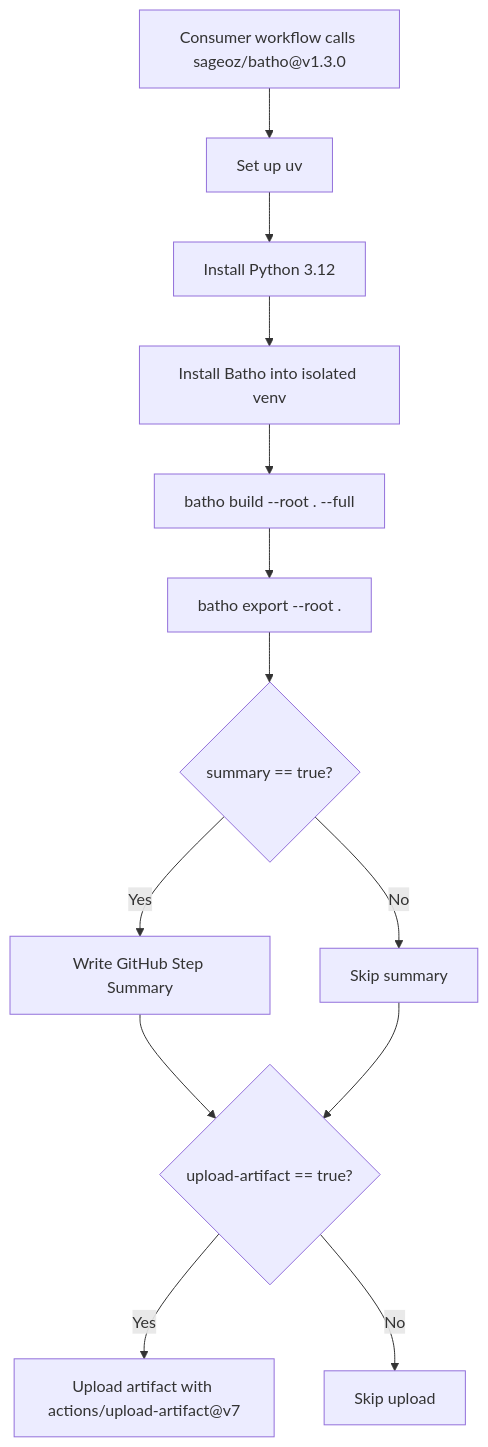
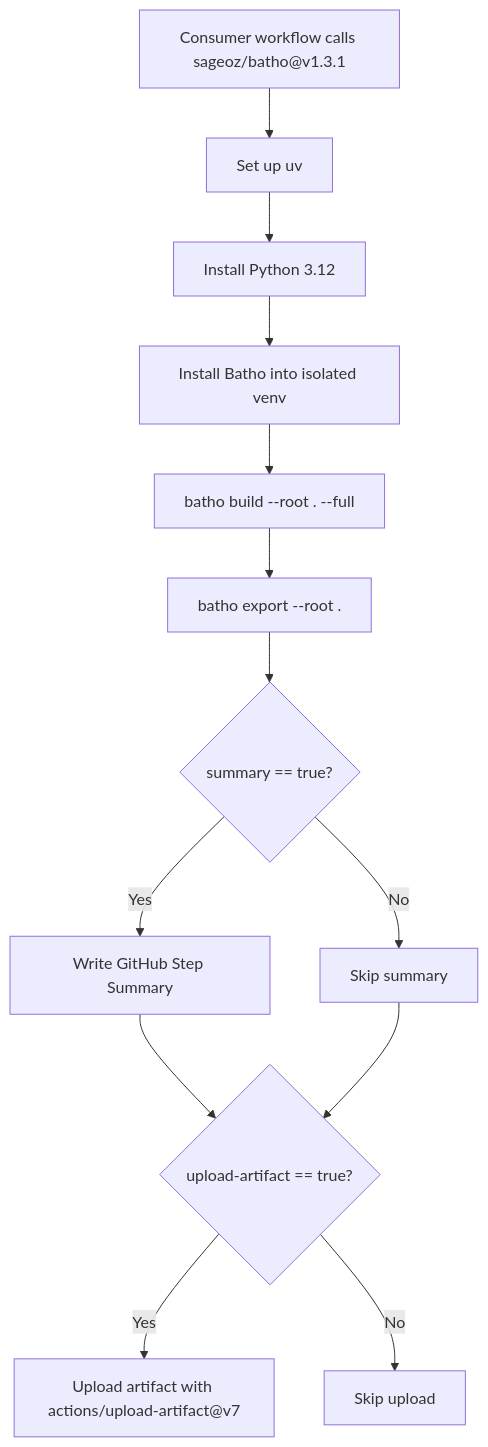
One commit to sageoz/Batho changed the diagram in docs-site/docs/cicd/composite-action.md. Above: the diagram before and after it, drawn with Mermaid. The commit also changed other lines of this file and 22 other files, not shown here.

````diff
--- a/docs-site/docs/cicd/composite-action.md
+++ b/docs-site/docs/cicd/composite-action.md
@@ -7,15 +7,15 @@
 ```mermaid
 flowchart TD
-    A["Consumer workflow calls sageoz/batho@v1.3.0"] --> B["Set up uv"]
+    A["Consumer workflow calls sageoz/batho@v1.3.1"] --> B["Set up uv"]
     B --> C["Install Python 3.12"]
     C --> D["Install Batho into isolated venv"]
     D --> E["batho build --root . --full"]
     E --> F["batho export --root ."]
     F --> G{"summary == true?"}
     G -- Yes --> H["Write GitHub Step Summary"]
     G -- No --> I["Skip summary"]
     H --> J{"upload-artifact == true?"}
     I --> J
     J -- Yes --> K["Upload artifact with actions/upload-artifact@v7"]
     J -- No --> L["Skip upload"]
 ```
````
